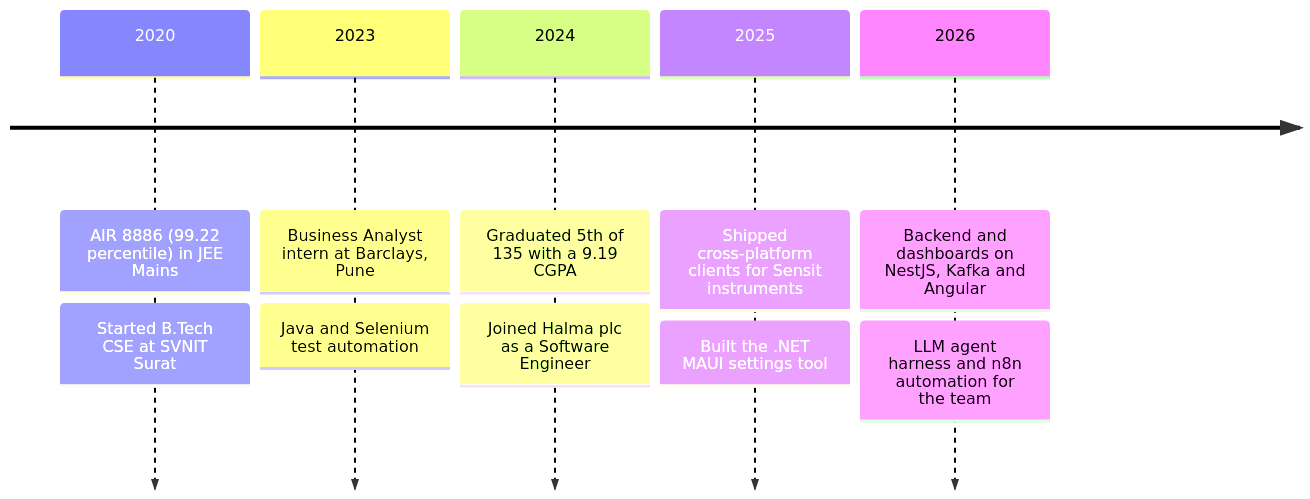
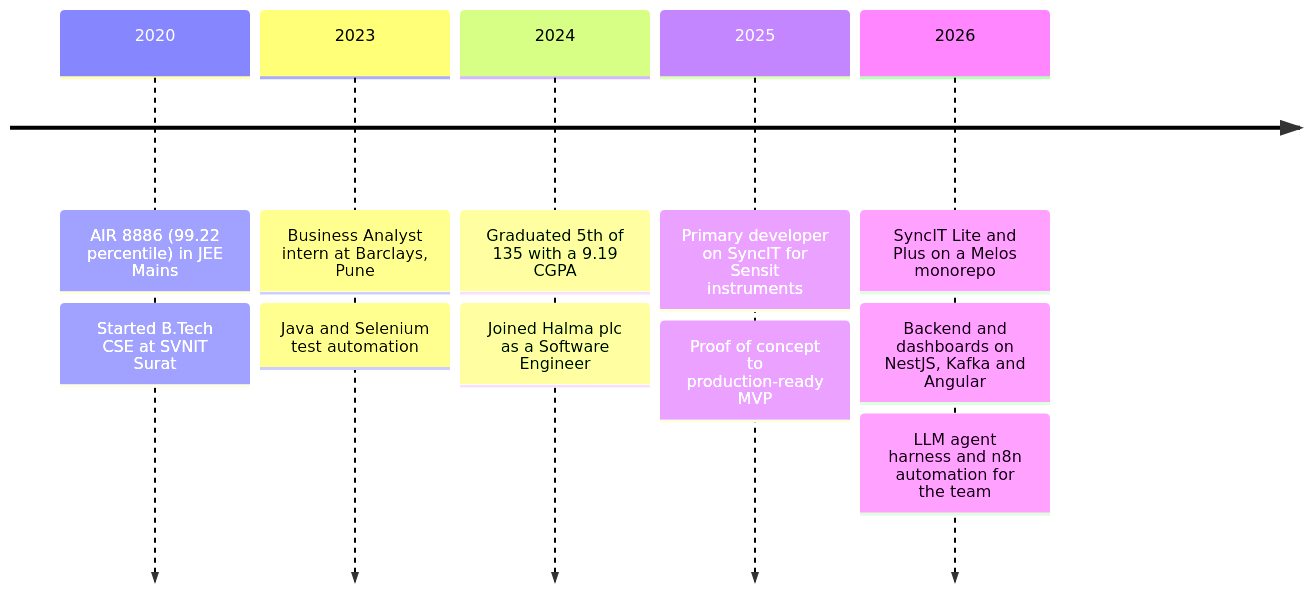
The fourth of 5 diagrams in README.md (Dhairya-007/Dhairya-007), drawn with Mermaid before and after one commit. The commit also changed other lines of this file, not shown here.

First line of the commit message:
Promote the Sensit SyncIT work into a full section

````diff
--- a/README.md
+++ b/README.md
@@ -265,8 +385,8 @@
 ```mermaid
 timeline
     2020 : AIR 8886 (99.22 percentile) in JEE Mains : Started B.Tech CSE at SVNIT Surat
     2023 : Business Analyst intern at Barclays, Pune : Java and Selenium test automation
     2024 : Graduated 5th of 135 with a 9.19 CGPA : Joined Halma plc as a Software Engineer
-    2025 : Shipped cross-platform clients for Sensit instruments : Built the .NET MAUI settings tool
-    2026 : Backend and dashboards on NestJS, Kafka and Angular : LLM agent harness and n8n automation for the team
+    2025 : Primary developer on SyncIT for Sensit instruments : Proof of concept to production-ready MVP
+    2026 : SyncIT Lite and Plus on a Melos monorepo : Backend and dashboards on NestJS, Kafka and Angular : LLM agent harness and n8n automation for the team
 ```
````
